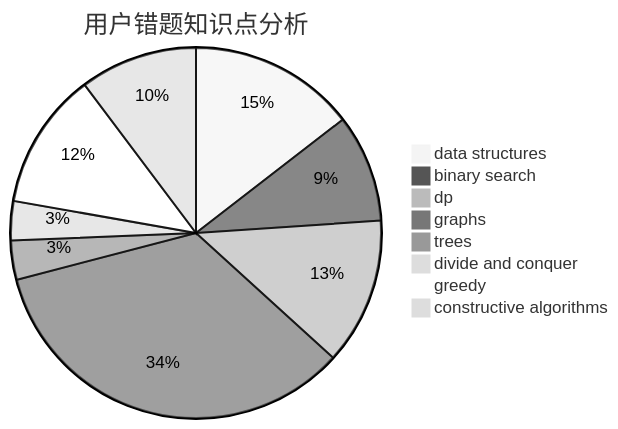
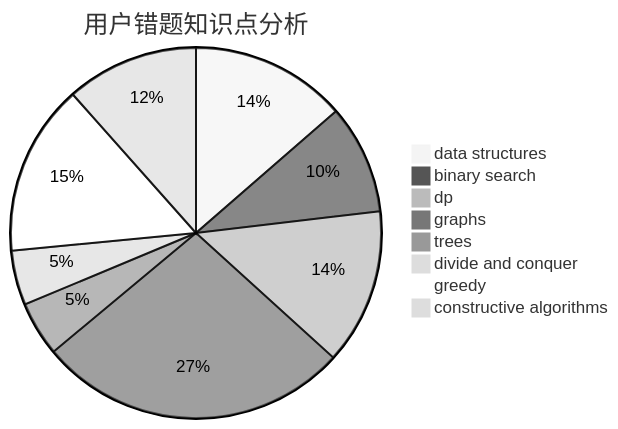
The third of 3 diagrams in docs/user/u2042.md (sherpahu/cfrs.github.io), drawn with Mermaid (neutral theme) before and after one commit. The commit also changed other lines of this file and 2770 other files, not shown here.

````diff
--- a/docs/user/u2042.md
+++ b/docs/user/u2042.md
@@ -36,11 +36,11 @@
 ```mermaid
 pie title 用户错题知识点分析
-    "data structures" :  17
-    "binary search" :  11
-    "dp" :  15
+    "data structures" :  20
+    "binary search" :  14
+    "dp" :  20
     "graphs" :  40
-    "trees" :  4
-    "divide and conquer" :  4
-    "greedy" :  14
-    "constructive algorithms" :  12
+    "trees" :  7
+    "divide and conquer" :  7
+    "greedy" :  22
+    "constructive algorithms" :  17
 ```
````
